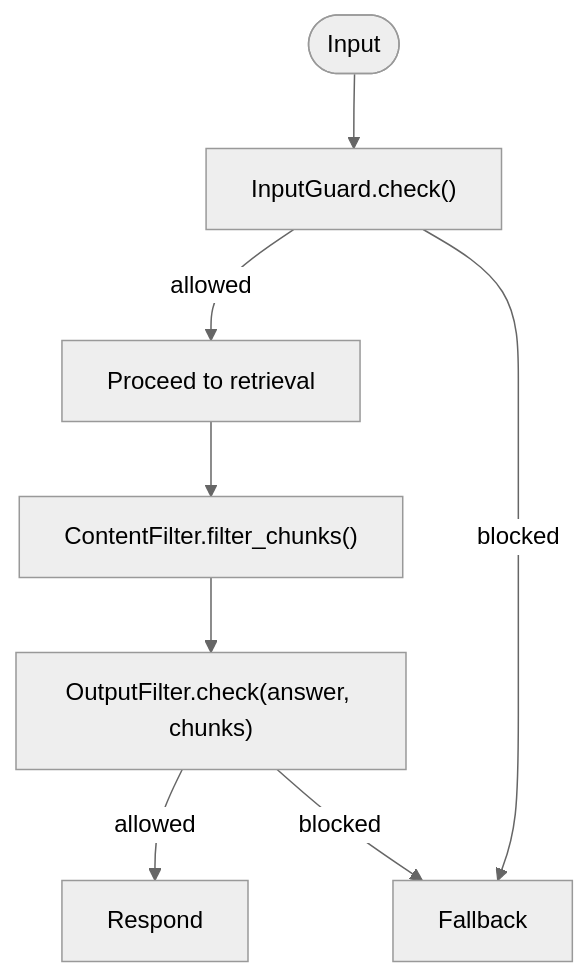
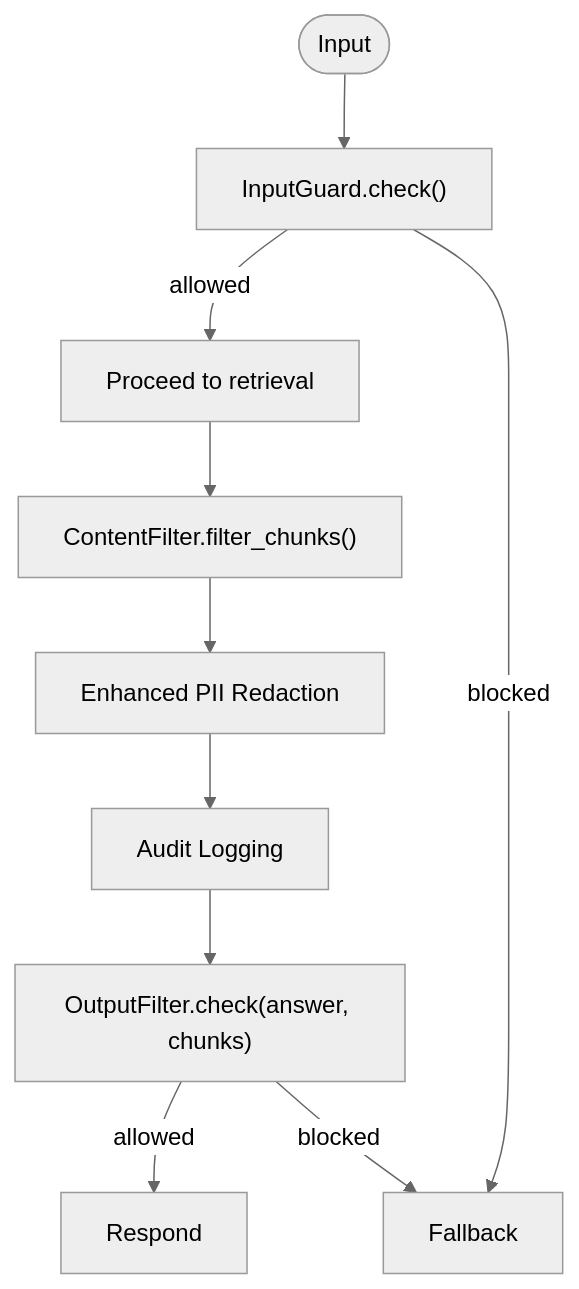
Before and after one commit to genes8/private-ai: the ninth of 11 diagrams in .qoder/repowiki/en/content/Backend Development/Service Layer/RAG Pipeline Service.md, drawn with Mermaid (neutral theme). The commit also changed other lines of this file and 55 other files, not shown here.

````diff
--- a/.qoder/repowiki/en/content/Backend Development/Service Layer/RAG Pipeline Service.md
+++ b/.qoder/repowiki/en/content/Backend Development/Service Layer/RAG Pipeline Service.md
@@ -368,10 +409,12 @@
 ```mermaid
 flowchart TD
 In(["Input"]) --> IG["InputGuard.check()"]
 IG --> |allowed| Proceed["Proceed to retrieval"]
 IG --> |blocked| Fallback["Fallback"]
 Proceed --> CF["ContentFilter.filter_chunks()"]
-CF --> OF["OutputFilter.check(answer, chunks)"]
+CF --> Redact["Enhanced PII Redaction"]
+Redact --> Log["Audit Logging"]
+Log --> OF["OutputFilter.check(answer, chunks)"]
 OF --> |allowed| Respond["Respond"]
 OF --> |blocked| Fallback
 ```
````
